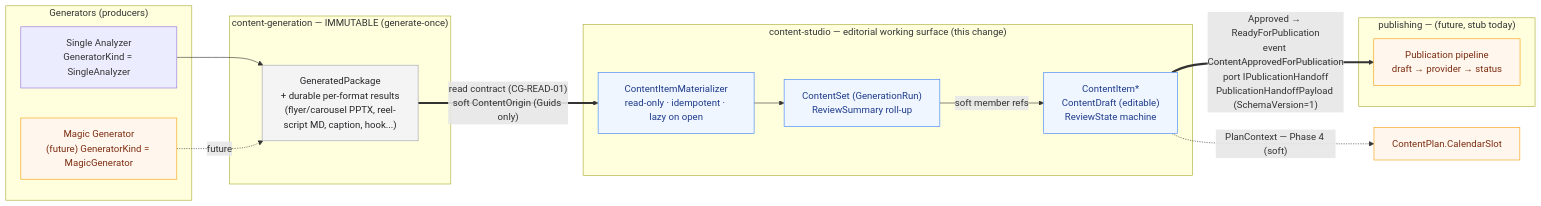
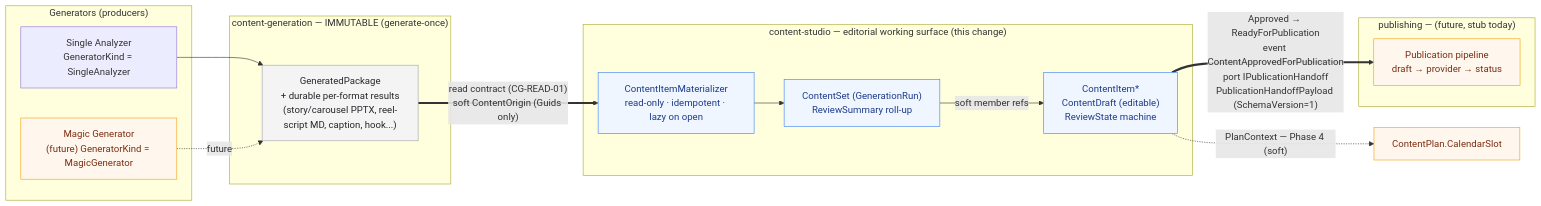
Before and after one commit to montesgp/social-studio: the first of 3 diagrams in docs/architecture/diagrams/content-studio-flow.md, drawn with Mermaid. The commit also changed 69 other files, not shown here.

First line of the commit message:
refactor: remove the legacy 'flyer' format from the system (mutated to story)

````diff
--- a/docs/architecture/diagrams/content-studio-flow.md
+++ b/docs/architecture/diagrams/content-studio-flow.md
@@ -10,39 +10,39 @@
 ```mermaid
 flowchart LR
   subgraph Producers["Generators (producers)"]
     SA["Single Analyzer<br/>GeneratorKind = SingleAnalyzer"]
     MG["Magic Generator<br/>(future) GeneratorKind = MagicGenerator"]
   end
 
   subgraph Gen["content-generation — IMMUTABLE (generate-once)"]
-    GP["GeneratedPackage<br/>+ durable per-format results<br/>(flyer/carousel PPTX, reel-script MD, caption, hook...)"]
+    GP["GeneratedPackage<br/>+ durable per-format results<br/>(story/carousel PPTX, reel-script MD, caption, hook...)"]
   end
 
   SA --> GP
   MG -. future .-> GP
 
   subgraph Studio["content-studio — editorial working surface (this change)"]
     MAT["ContentItemMaterializer<br/>read-only · idempotent · lazy on open"]
     CS["ContentSet (GenerationRun)<br/>ReviewSummary roll-up"]
     CI["ContentItem*<br/>ContentDraft (editable)<br/>ReviewState machine"]
   end
 
   GP == "read contract (CG-READ-01)<br/>soft ContentOrigin (Guids only)" ==> MAT
   MAT --> CS
   CS -- "soft member refs" --> CI
 
   subgraph Pub["publishing — (future, stub today)"]
     PL["Publication pipeline<br/>draft → provider → status"]
   end
 
   CI == "Approved → ReadyForPublication<br/>event ContentApprovedForPublication<br/>port IPublicationHandoff<br/>PublicationHandoffPayload (SchemaVersion=1)" ==> PL
 
   CI -. "PlanContext — Phase 4 (soft)" .-> CP["ContentPlan.CalendarSlot"]
 
   classDef immutable fill:#f4f4f5,stroke:#a1a1aa,color:#27272a;
   classDef studio fill:#eff6ff,stroke:#3b82f6,color:#1e3a8a;
   classDef future fill:#fff7ed,stroke:#f59e0b,color:#7c2d12;
   class GP immutable;
   class MAT,CS,CI studio;
   class MG,PL,CP future;
 ```
````
